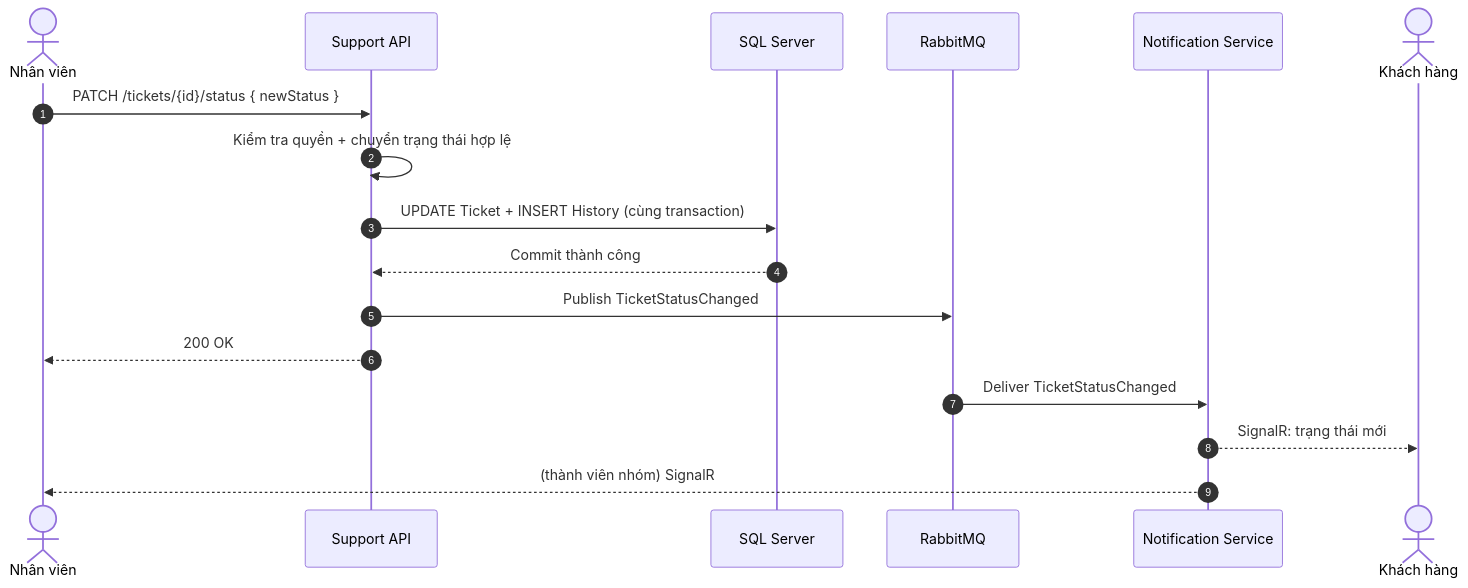
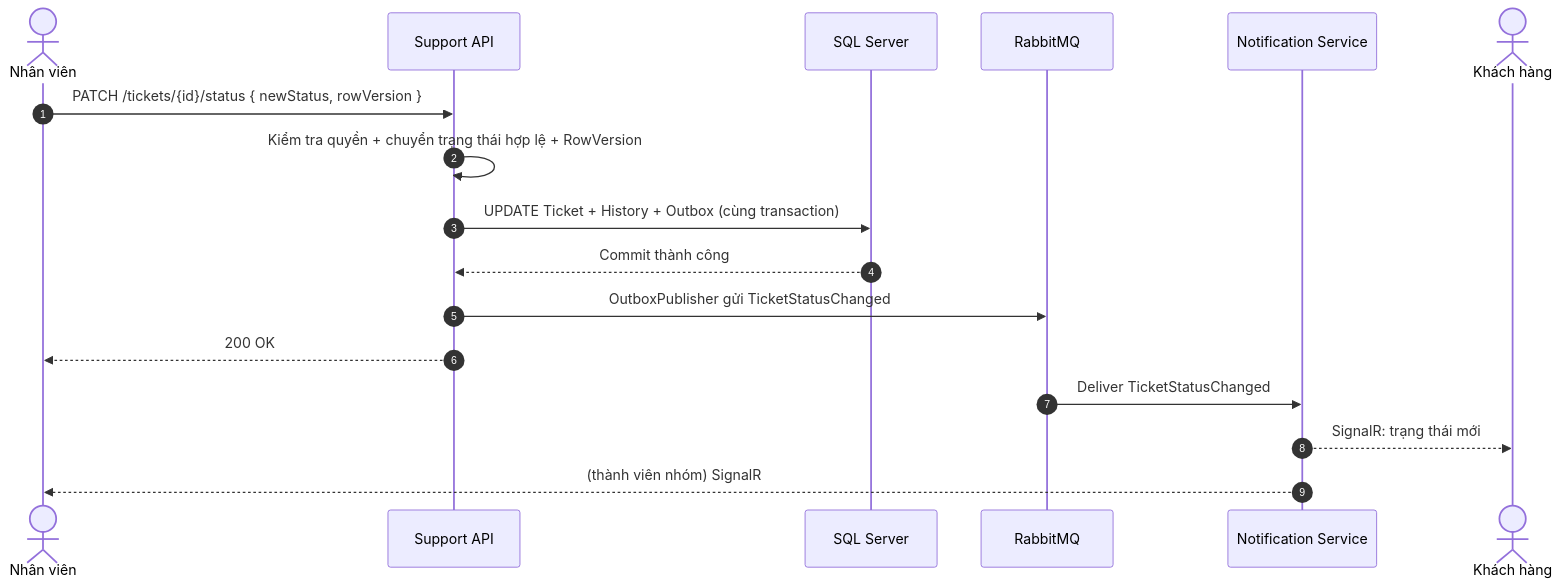
One commit to dtc245230011/Giang-A-Vang changed the fifth of 6 diagrams in docs/architecture.md. Above: the diagram before and after it, drawn with Mermaid. The commit also changed other lines of this file and 23 other files, not shown here.

````diff
--- a/docs/architecture.md
+++ b/docs/architecture.md
@@ -236,21 +246,21 @@
 ```mermaid
 sequenceDiagram
     autonumber
     actor NV as Nhân viên
     participant API as Support API
     participant DB as SQL Server
     participant MQ as RabbitMQ
     participant NS as Notification Service
     actor KH as Khách hàng
 
-    NV->>API: PATCH /tickets/{id}/status { newStatus }
-    API->>API: Kiểm tra quyền + chuyển trạng thái hợp lệ
-    API->>DB: UPDATE Ticket + INSERT History (cùng transaction)
+    NV->>API: PATCH /tickets/{id}/status { newStatus, rowVersion }
+    API->>API: Kiểm tra quyền + chuyển trạng thái hợp lệ + RowVersion
+    API->>DB: UPDATE Ticket + History + Outbox (cùng transaction)
     DB-->>API: Commit thành công
-    API->>MQ: Publish TicketStatusChanged
+    API->>MQ: OutboxPublisher gửi TicketStatusChanged
     API-->>NV: 200 OK
 
     MQ->>NS: Deliver TicketStatusChanged
     NS-->>KH: SignalR: trạng thái mới
     NS-->>NV: (thành viên nhóm) SignalR
 ```
````
